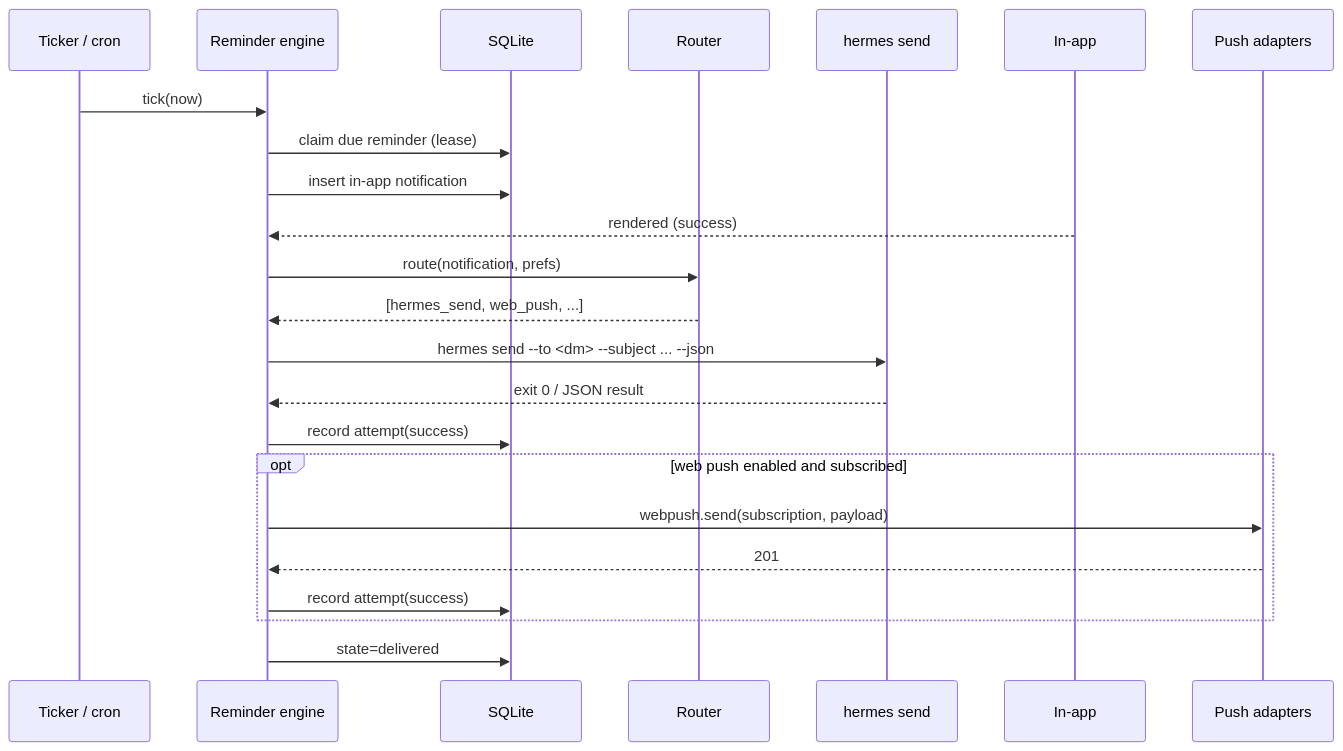
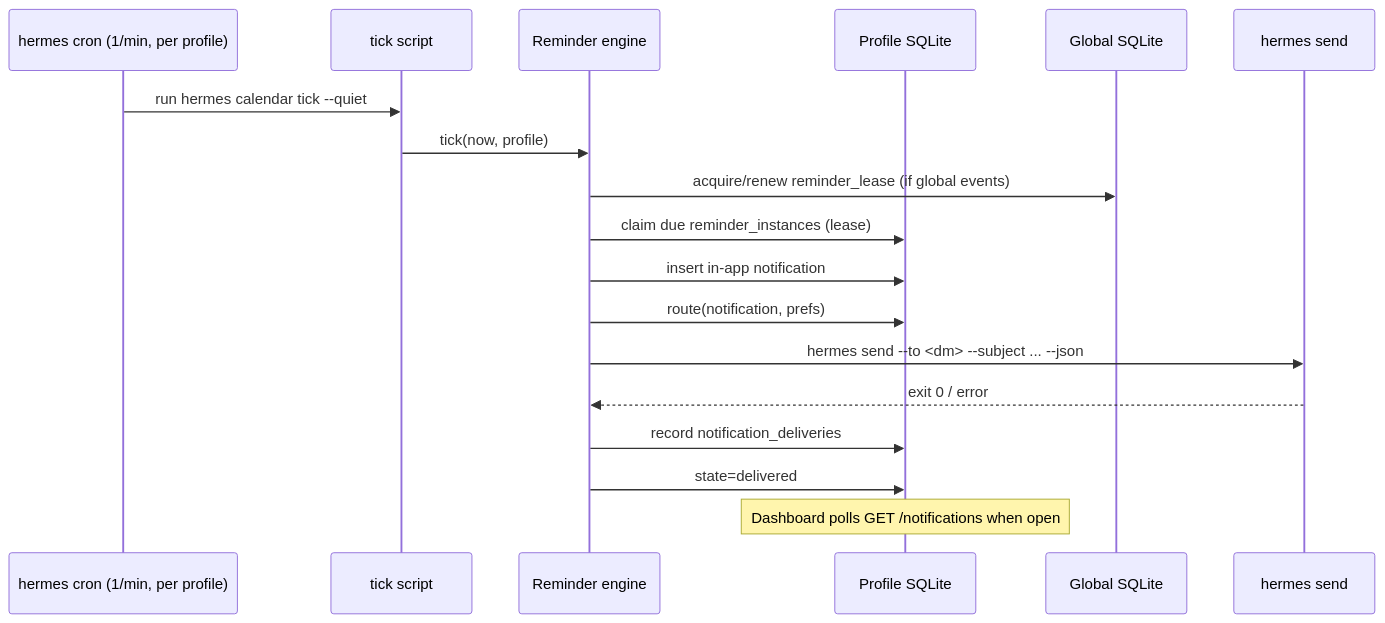
The third of 3 diagrams in docs/design/app-notifications.md (kozelkevinr-create/hermes-calendar), drawn with Mermaid before and after one commit. The commit also changed other lines of this file, not shown here.

First line of the commit message:
docs: revise notifications design for dashboard UI and MVP cut

````diff
--- a/docs/design/app-notifications.md
+++ b/docs/design/app-notifications.md
@@ -811,26 +966,21 @@
 ```mermaid
 sequenceDiagram
-  participant T as Ticker / cron
+  participant C as hermes cron (1/min, per profile)
+  participant S as tick script
   participant E as Reminder engine
-  participant DB as SQLite
-  participant R as Router
+  participant DB as Profile SQLite
+  participant G as Global SQLite
   participant H as hermes send
-  participant A as In-app
-  participant P as Push adapters
 
-  T->>E: tick(now)
-  E->>DB: claim due reminder (lease)
+  C->>S: run hermes calendar tick --quiet
+  S->>E: tick(now, profile)
+  E->>G: acquire/renew reminder_lease (if global events)
+  E->>DB: claim due reminder_instances (lease)
   E->>DB: insert in-app notification
-  A-->>E: rendered (success)
-  E->>R: route(notification, prefs)
-  R-->>E: [hermes_send, web_push, ...]
+  E->>DB: route(notification, prefs)
   E->>H: hermes send --to <dm> --subject ... --json
-  H-->>E: exit 0 / JSON result
-  E->>DB: record attempt(success)
-  opt web push enabled and subscribed
-    E->>P: webpush.send(subscription, payload)
-    P-->>E: 201
-    E->>DB: record attempt(success)
-  end
+  H-->>E: exit 0 / error
+  E->>DB: record notification_deliveries
   E->>DB: state=delivered
+  Note over DB: Dashboard polls GET /notifications when open
 ```
````
